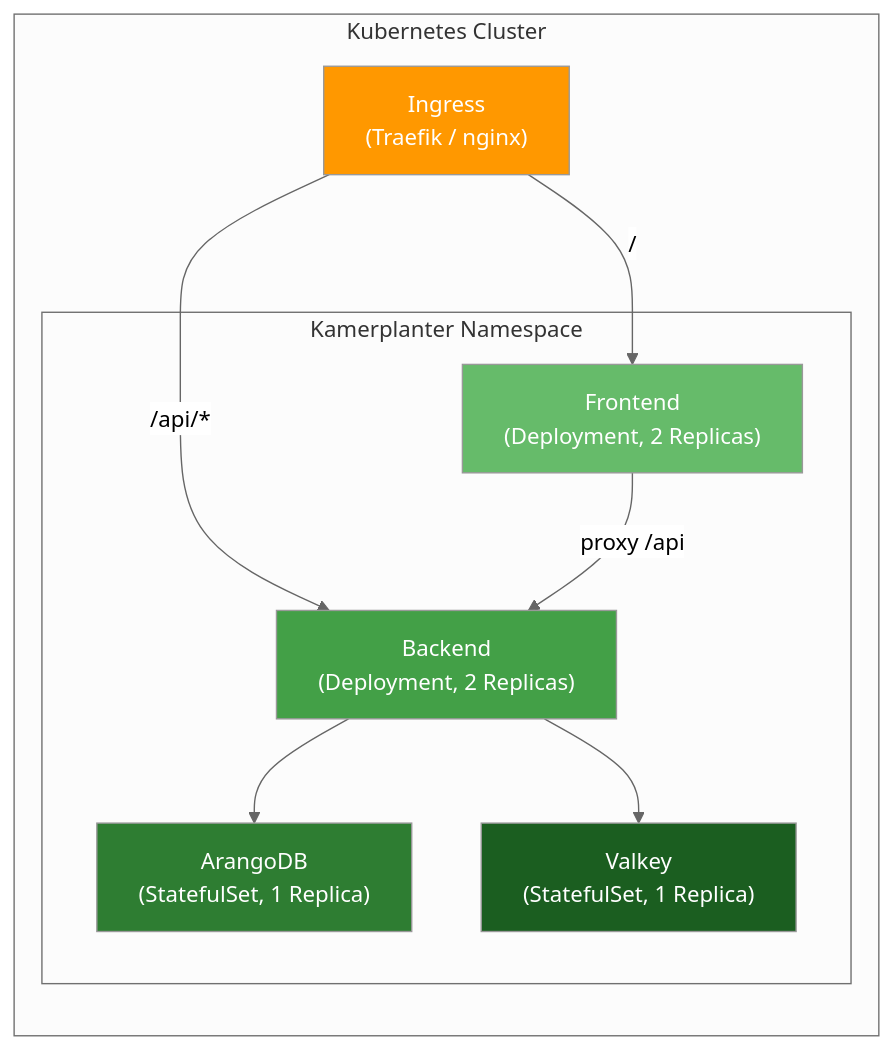
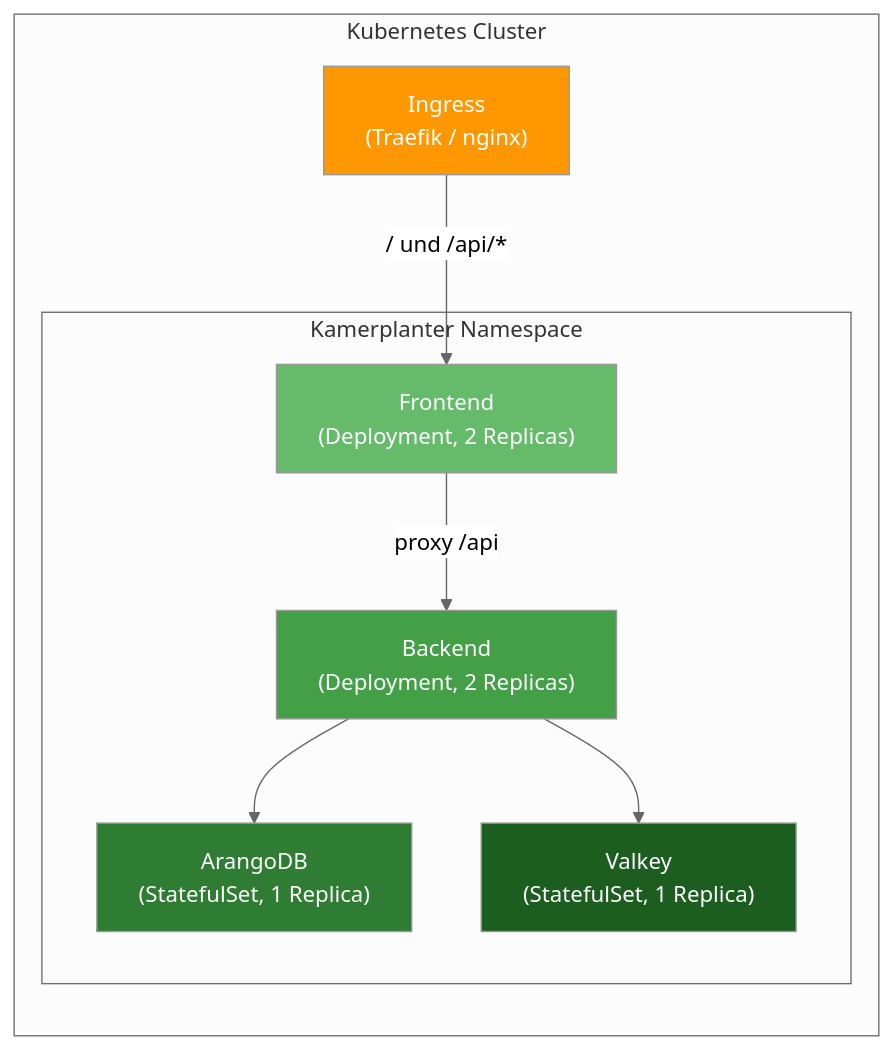
The diagram in docs/de/deployment/kubernetes.md (nolte/kamerplanter), drawn with Mermaid (neutral theme) before and after one commit. The commit also changed other lines of this file and 19 other files, not shown here.

````diff
--- a/docs/de/deployment/kubernetes.md
+++ b/docs/de/deployment/kubernetes.md
@@ -22,26 +22,25 @@
 ```mermaid
 flowchart TB
     subgraph "Kubernetes Cluster"
         direction TB
         ING["Ingress<br/>(Traefik / nginx)"]
 
         subgraph "Kamerplanter Namespace"
             FE["Frontend<br/>(Deployment, 2 Replicas)"]
             BE["Backend<br/>(Deployment, 2 Replicas)"]
             DB["ArangoDB<br/>(StatefulSet, 1 Replica)"]
             VK["Valkey<br/>(StatefulSet, 1 Replica)"]
         end
     end
 
-    ING -->|"/api/*"| BE
-    ING -->|"/"| FE
+    ING -->|"/ und /api/*"| FE
     BE --> DB
     BE --> VK
     FE -->|"proxy /api"| BE
 
     style ING fill:#FF9800,color:#fff
     style FE fill:#66BB6A,color:#fff
     style BE fill:#43A047,color:#fff
     style DB fill:#2E7D32,color:#fff
     style VK fill:#1B5E20,color:#fff
 ```
````
